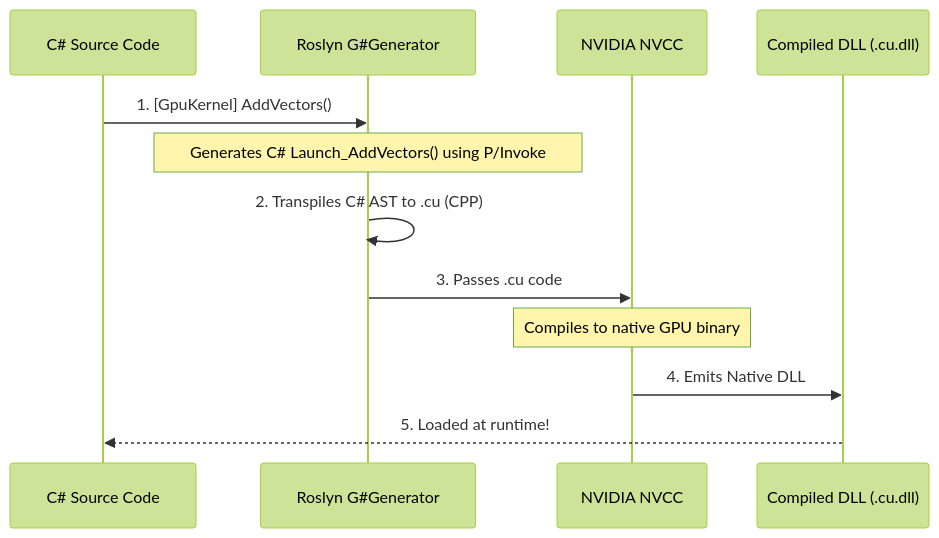
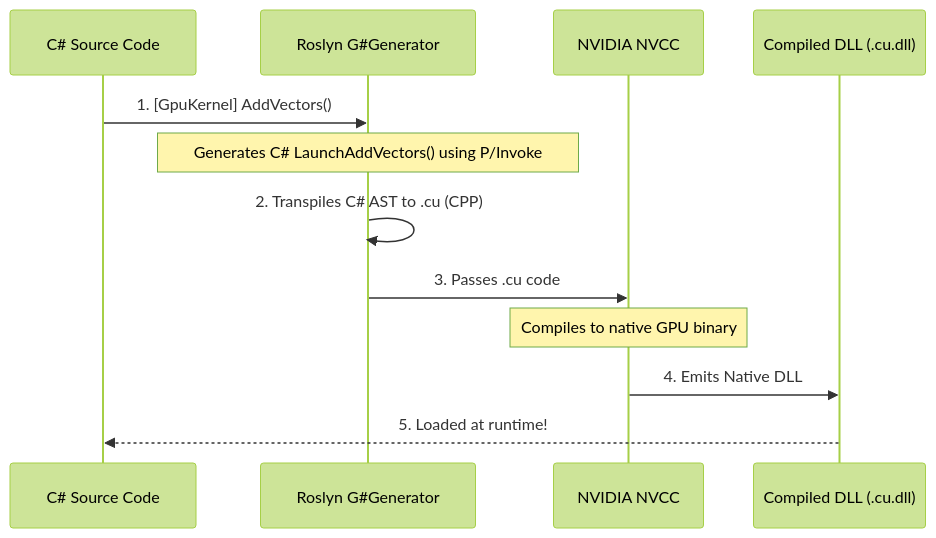
One commit to kassyi/Henicos changed the diagram in docs/spec/en/00_getting_started.md. Above: the diagram before and after it, drawn with Mermaid (forest theme). The commit also changed other lines of this file and 7 other files, not shown here.

````diff
--- a/docs/spec/en/00_getting_started.md
+++ b/docs/spec/en/00_getting_started.md
@@ -157,15 +170,15 @@
 ```mermaid
 sequenceDiagram
     participant C as C#35; Source Code
     participant R as Roslyn G#35;Generator
     participant NV as NVIDIA NVCC
     participant D as Compiled DLL (.cu.dll)
     
     C->>R: 1. [GpuKernel] AddVectors()
-    Note over R: Generates C#35; Launch_AddVectors() using P/Invoke
+    Note over R: Generates C#35; LaunchAddVectors() using P/Invoke
     R->>R: 2. Transpiles C#35; AST to .cu (CPP)
     R->>NV: 3. Passes .cu code
     Note over NV: Compiles to native GPU binary
     NV->>D: 4. Emits Native DLL
     D-->>C: 5. Loaded at runtime!
 ```
````
